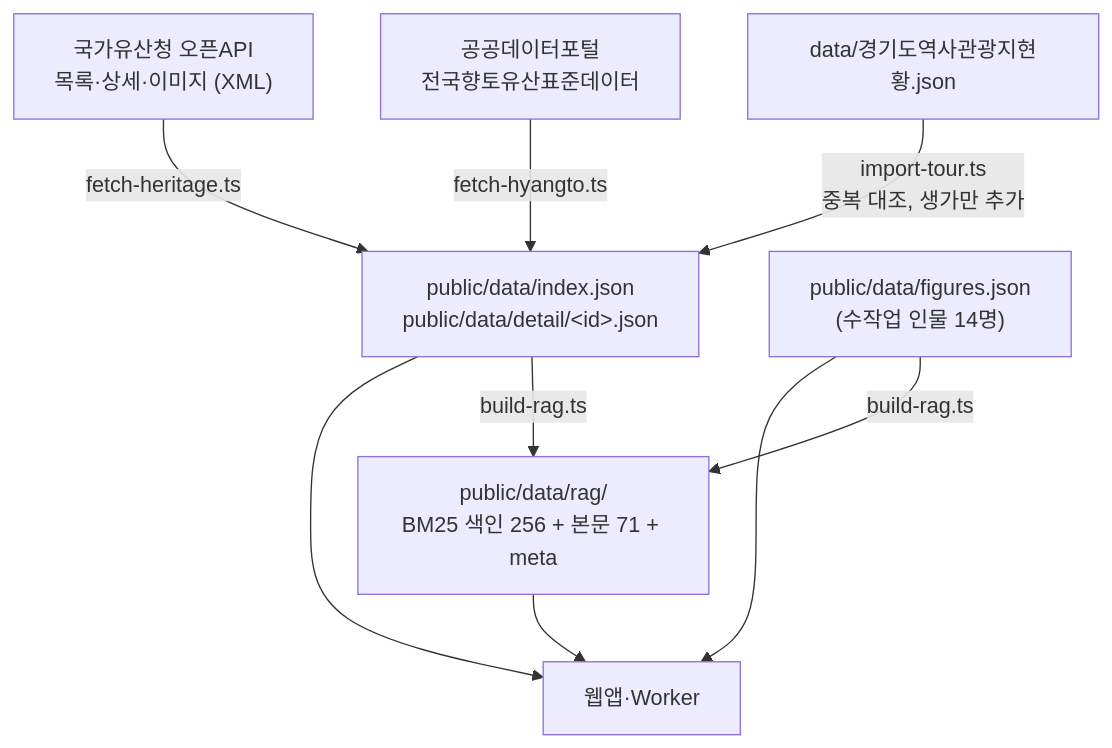
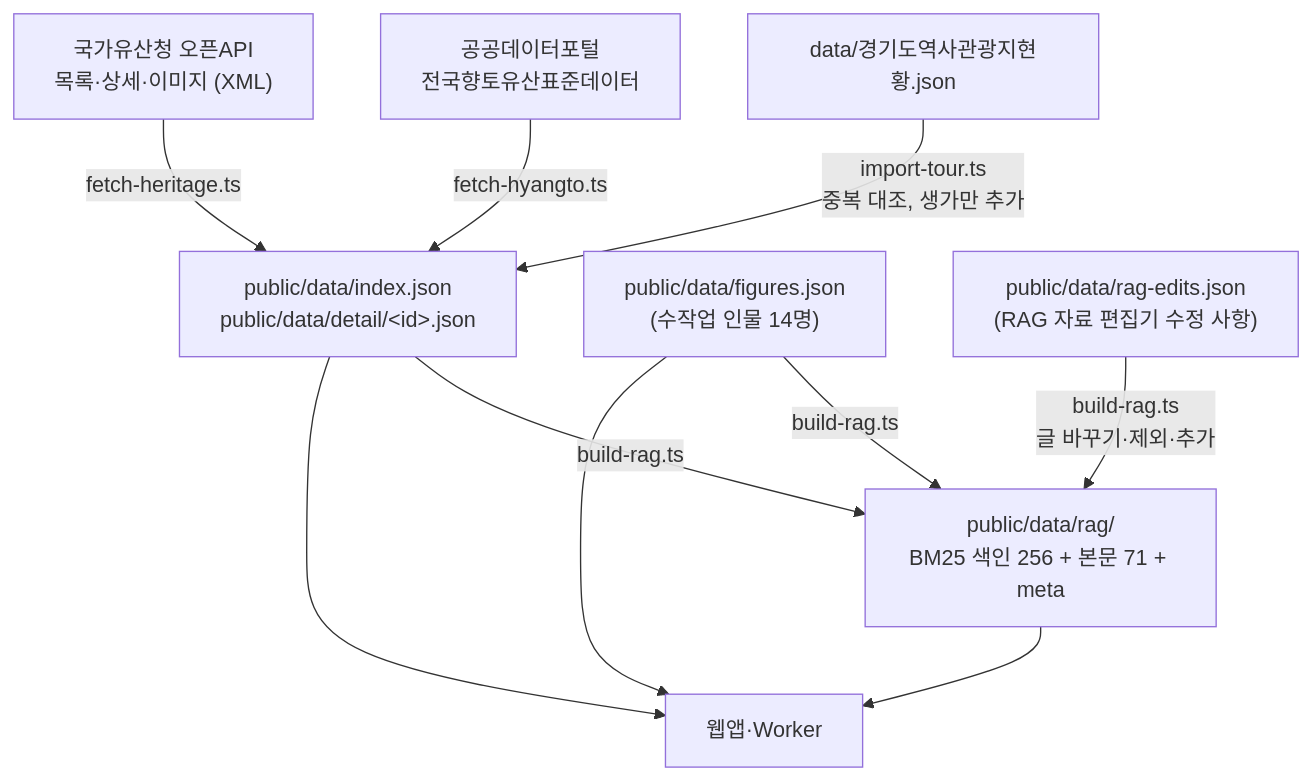
Before and after one commit to Hanbyeol5/arHeritage: the fourth of 6 diagrams in README.md, drawn with Mermaid. The commit also changed other lines of this file, not shown here.

Commit message:
README: RAG 반영 보강 — 구성도에 편집기·색인 재생성, RAG 대화 흐름(2.3), 색인 버전·캐시 갱신, 편집기 운영 한계

````diff
--- a/README.md
+++ b/README.md
@@ -138,11 +166,12 @@
 ```mermaid
 flowchart TD
   A["국가유산청 오픈API<br/>목록·상세·이미지 (XML)"] -->|fetch-heritage.ts| I["public/data/index.json<br/>public/data/detail/&lt;id&gt;.json"]
   B["공공데이터포털<br/>전국향토유산표준데이터"] -->|fetch-hyangto.ts| I
   C["data/경기도역사관광지현황.json"] -->|import-tour.ts<br/>중복 대조, 생가만 추가| I
   F["public/data/figures.json<br/>(수작업 인물 14명)"] --> APP["웹앱·Worker"]
   I --> APP
   I -->|build-rag.ts| RG["public/data/rag/<br/>BM25 색인 256 + 본문 71 + meta"]
   F -->|build-rag.ts| RG
+  E["public/data/rag-edits.json<br/>(RAG 자료 편집기 수정 사항)"] -->|build-rag.ts<br/>글 바꾸기·제외·추가| RG
   RG --> APP
 ```
````
